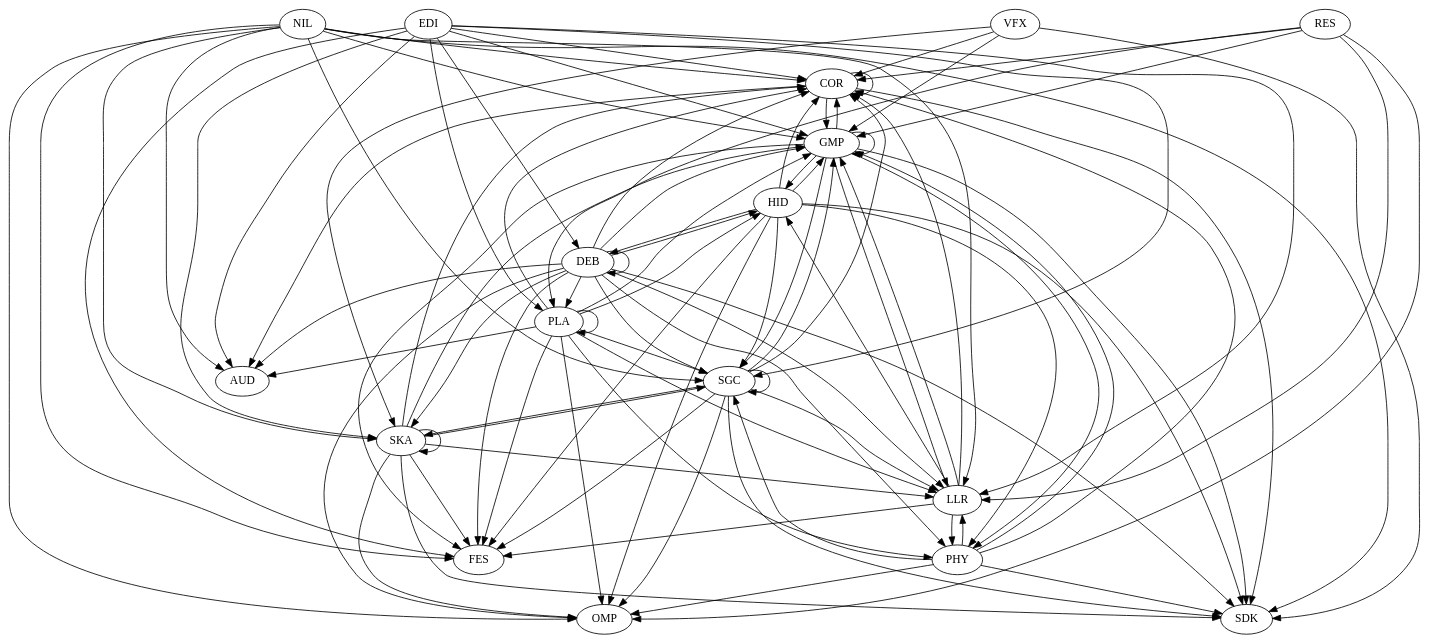
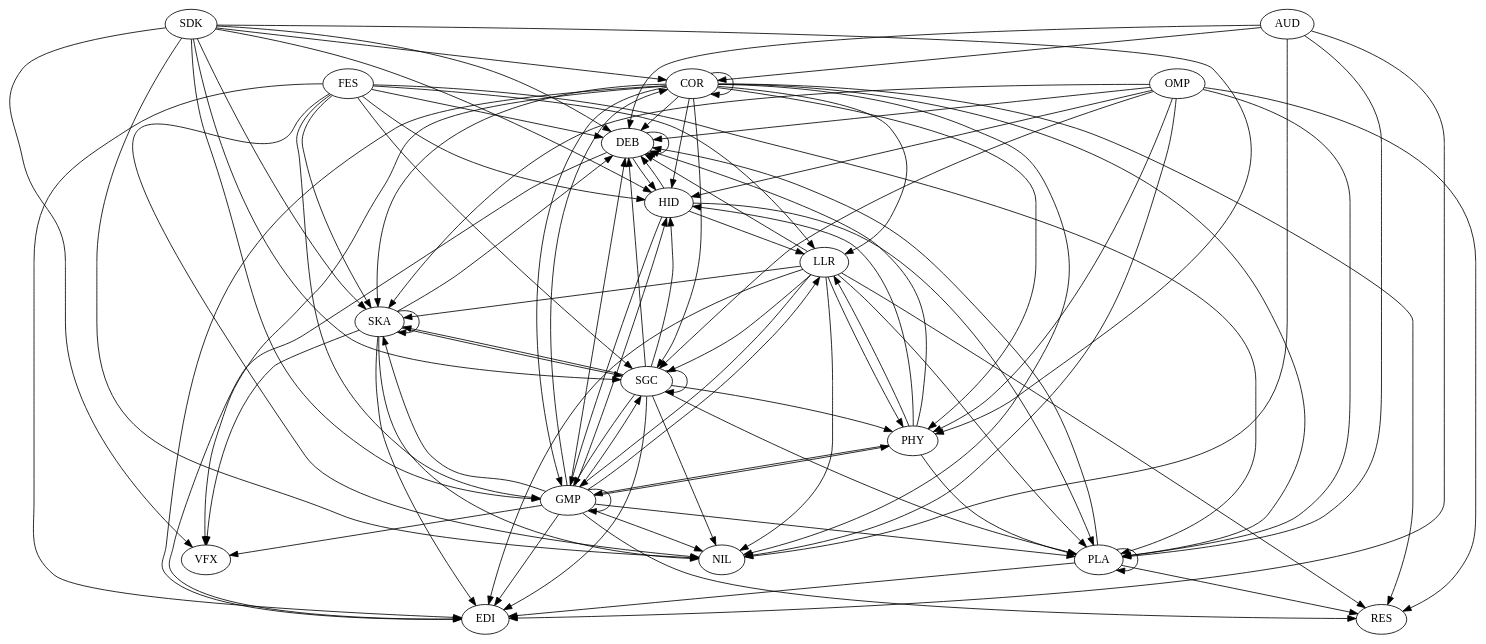
The diagram in 6_architectural_map_gen/outputs/gameplay.dot (gamedev-studies/game-engine-analyser), drawn with Graphviz before and after one commit. The commit also changed 9 other files, not shown here.

```diff
--- a/6_architectural_map_gen/outputs/gameplay.dot
+++ b/6_architectural_map_gen/outputs/gameplay.dot
@@ -1,99 +1,99 @@
 digraph "source tree" {
-	"COR" -> "AUD"
-	"DEB" -> "AUD"
-	"EDI" -> "AUD"
-	"NIL" -> "AUD"
-	"PLA" -> "AUD"
+	"AUD" -> "COR"
+	"AUD" -> "DEB"
+	"AUD" -> "EDI"
+	"AUD" -> "NIL"
+	"AUD" -> "PLA"
 	"COR" -> "COR"
-	"DEB" -> "COR"
-	"EDI" -> "COR"
+	"COR" -> "DEB"
+	"COR" -> "EDI"
+	"COR" -> "GMP"
+	"COR" -> "HID"
+	"COR" -> "LLR"
+	"COR" -> "NIL"
+	"COR" -> "PHY"
+	"COR" -> "PLA"
+	"COR" -> "RES"
+	"COR" -> "SGC"
+	"COR" -> "SKA"
+	"COR" -> "VFX"
+	"DEB" -> "DEB"
+	"DEB" -> "EDI"
+	"DEB" -> "HID"
+	"FES" -> "DEB"
+	"FES" -> "EDI"
+	"FES" -> "GMP"
+	"FES" -> "HID"
+	"FES" -> "LLR"
+	"FES" -> "NIL"
+	"FES" -> "PLA"
+	"FES" -> "SGC"
+	"FES" -> "SKA"
 	"GMP" -> "COR"
-	"HID" -> "COR"
-	"LLR" -> "COR"
-	"NIL" -> "COR"
-	"PHY" -> "COR"
-	"PLA" -> "COR"
-	"RES" -> "COR"
-	"SGC" -> "COR"
-	"SKA" -> "COR"
-	"VFX" -> "COR"
-	"DEB" -> "DEB"
-	"EDI" -> "DEB"
+	"GMP" -> "DEB"
+	"GMP" -> "EDI"
+	"GMP" -> "GMP"
+	"GMP" -> "HID"
+	"GMP" -> "LLR"
+	"GMP" -> "NIL"
+	"GMP" -> "PHY"
+	"GMP" -> "PLA"
+	"GMP" -> "RES"
+	"GMP" -> "SGC"
+	"GMP" -> "SKA"
+	"GMP" -> "VFX"
 	"HID" -> "DEB"
-	"DEB" -> "FES"
-	"EDI" -> "FES"
-	"GMP" -> "FES"
-	"HID" -> "FES"
-	"LLR" -> "FES"
-	"NIL" -> "FES"
-	"PLA" -> "FES"
-	"SGC" -> "FES"
-	"SKA" -> "FES"
-	"COR" -> "GMP"
-	"DEB" -> "GMP"
-	"EDI" -> "GMP"
-	"GMP" -> "GMP"
 	"HID" -> "GMP"
+	"HID" -> "LLR"
+	"HID" -> "PLA"
+	"LLR" -> "DEB"
+	"LLR" -> "EDI"
 	"LLR" -> "GMP"
-	"NIL" -> "GMP"
+	"LLR" -> "NIL"
+	"LLR" -> "PHY"
+	"LLR" -> "PLA"
+	"LLR" -> "RES"
+	"LLR" -> "SGC"
+	"LLR" -> "SKA"
+	"OMP" -> "DEB"
+	"OMP" -> "HID"
+	"OMP" -> "NIL"
+	"OMP" -> "PHY"
+	"OMP" -> "PLA"
+	"OMP" -> "RES"
+	"OMP" -> "SGC"
+	"OMP" -> "SKA"
+	"PHY" -> "DEB"
 	"PHY" -> "GMP"
-	"PLA" -> "GMP"
-	"RES" -> "GMP"
+	"PHY" -> "HID"
+	"PHY" -> "LLR"
+	"PHY" -> "PLA"
+	"PLA" -> "DEB"
+	"PLA" -> "EDI"
+	"PLA" -> "PLA"
+	"PLA" -> "RES"
+	"SDK" -> "COR"
+	"SDK" -> "DEB"
+	"SDK" -> "GMP"
+	"SDK" -> "HID"
+	"SDK" -> "NIL"
+	"SDK" -> "PHY"
+	"SDK" -> "SGC"
+	"SDK" -> "SKA"
+	"SDK" -> "VFX"
+	"SGC" -> "DEB"
+	"SGC" -> "EDI"
 	"SGC" -> "GMP"
-	"SKA" -> "GMP"
-	"VFX" -> "GMP"
-	"DEB" -> "HID"
-	"GMP" -> "HID"
-	"LLR" -> "HID"
-	"PLA" -> "HID"
-	"DEB" -> "LLR"
-	"EDI" -> "LLR"
-	"GMP" -> "LLR"
-	"NIL" -> "LLR"
-	"PHY" -> "LLR"
-	"PLA" -> "LLR"
-	"RES" -> "LLR"
-	"SGC" -> "LLR"
-	"SKA" -> "LLR"
-	"DEB" -> "OMP"
-	"HID" -> "OMP"
-	"NIL" -> "OMP"
-	"PHY" -> "OMP"
-	"PLA" -> "OMP"
-	"RES" -> "OMP"
-	"SGC" -> "OMP"
-	"SKA" -> "OMP"
-	"DEB" -> "PHY"
-	"GMP" -> "PHY"
-	"HID" -> "PHY"
-	"LLR" -> "PHY"
-	"PLA" -> "PHY"
-	"DEB" -> "PLA"
-	"EDI" -> "PLA"
-	"PLA" -> "PLA"
-	"RES" -> "PLA"
-	"COR" -> "SDK"
-	"DEB" -> "SDK"
-	"GMP" -> "SDK"
-	"HID" -> "SDK"
-	"NIL" -> "SDK"
-	"PHY" -> "SDK"
-	"SGC" -> "SDK"
-	"SKA" -> "SDK"
-	"VFX" -> "SDK"
-	"DEB" -> "SGC"
-	"EDI" -> "SGC"
-	"GMP" -> "SGC"
-	"HID" -> "SGC"
-	"NIL" -> "SGC"
-	"PHY" -> "SGC"
-	"PLA" -> "SGC"
+	"SGC" -> "HID"
+	"SGC" -> "NIL"
+	"SGC" -> "PHY"
+	"SGC" -> "PLA"
 	"SGC" -> "SGC"
+	"SGC" -> "SKA"
+	"SKA" -> "DEB"
+	"SKA" -> "EDI"
+	"SKA" -> "NIL"
 	"SKA" -> "SGC"
-	"DEB" -> "SKA"
-	"EDI" -> "SKA"
-	"NIL" -> "SKA"
-	"SGC" -> "SKA"
 	"SKA" -> "SKA"
-	"VFX" -> "SKA"
+	"SKA" -> "VFX"
 }
```
